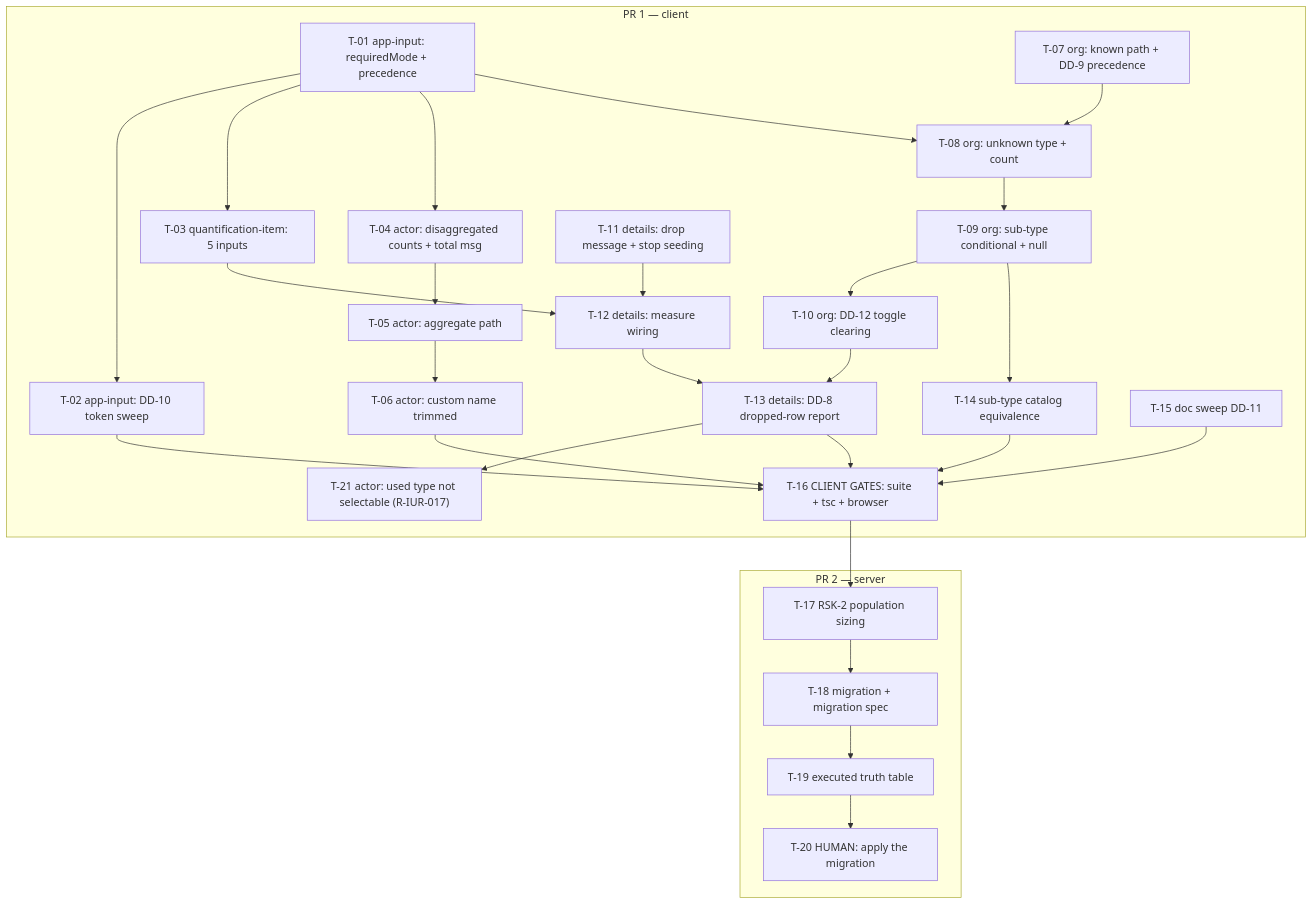
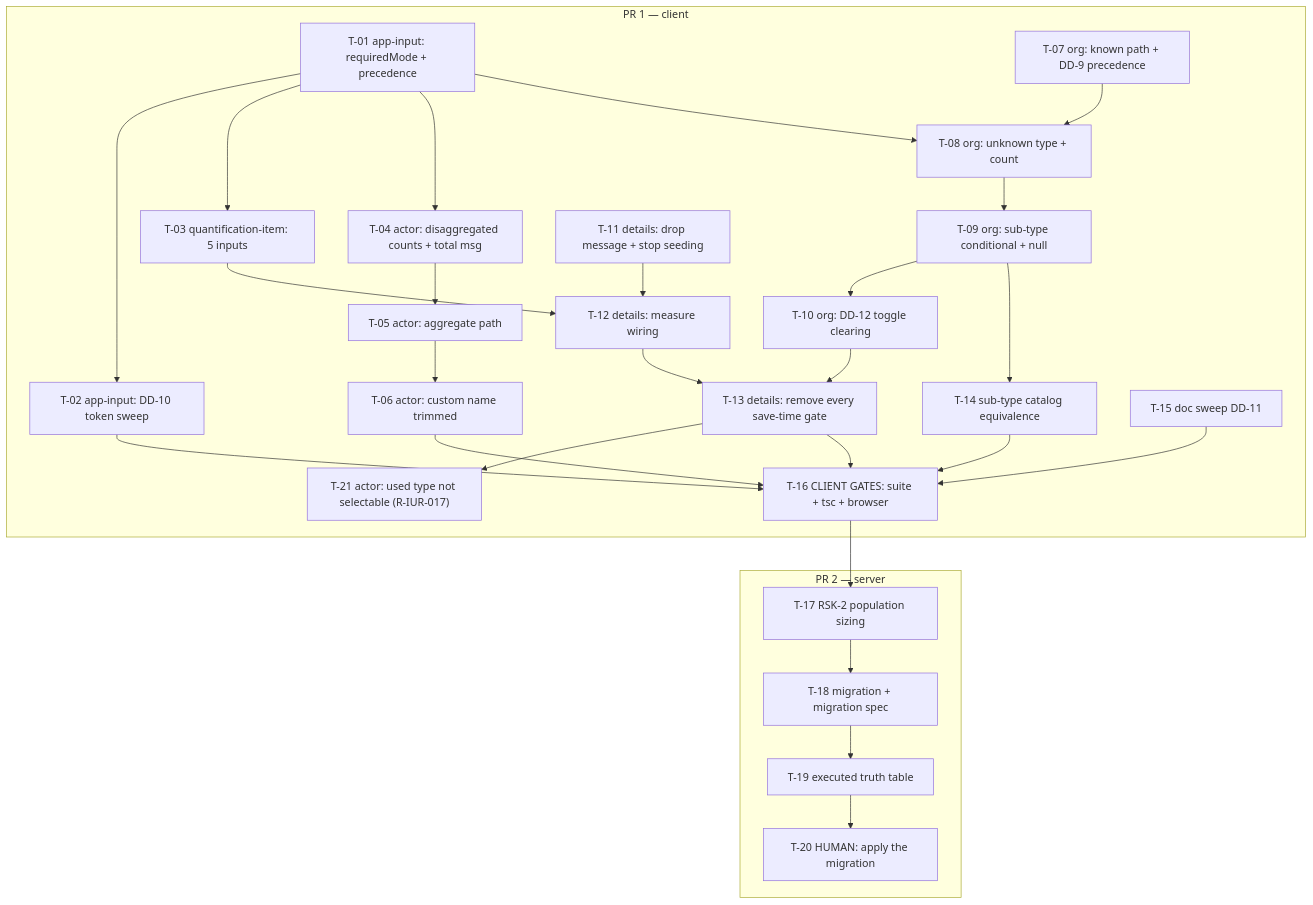
Before and after one commit to AllianceBioversityCIAT/alliance-research-indicators-main: the diagram in docs/specs/changes/innovation-use-required-fields/tasks.md, drawn with Mermaid. The commit also changed other lines of this file and 3 other files, not shown here.

````diff
--- a/docs/specs/changes/innovation-use-required-fields/tasks.md
+++ b/docs/specs/changes/innovation-use-required-fields/tasks.md
@@ -54,32 +54,32 @@
 ```mermaid
 graph TD
   subgraph PR1["PR 1 — client"]
     T01["T-01 app-input: requiredMode + precedence"] --> T02["T-02 app-input: DD-10 token sweep"]
     T01 --> T03["T-03 quantification-item: 5 inputs"]
     T01 --> T04["T-04 actor: disaggregated counts + total msg"]
     T04 --> T05["T-05 actor: aggregate path"]
     T05 --> T06["T-06 actor: custom name trimmed"]
     T07["T-07 org: known path + DD-9 precedence"] --> T08["T-08 org: unknown type + count"]
     T01 --> T08
     T08 --> T09["T-09 org: sub-type conditional + null"]
     T09 --> T10["T-10 org: DD-12 toggle clearing"]
     T09 --> T14["T-14 sub-type catalog equivalence"]
     T11["T-11 details: drop message + stop seeding"] --> T12["T-12 details: measure wiring"]
     T03 --> T12
-    T12 --> T13["T-13 details: DD-8 dropped-row report"]
+    T12 --> T13["T-13 details: remove every save-time gate"]
     T13 --> T21["T-21 actor: used type not selectable (R-IUR-017)"]
     T10 --> T13
     T15["T-15 doc sweep DD-11"]
     T02 --> T16["T-16 CLIENT GATES: suite + tsc + browser"]
     T06 --> T16
     T13 --> T16
     T14 --> T16
     T15 --> T16
   end
   subgraph PR2["PR 2 — server"]
     T17["T-17 RSK-2 population sizing"] --> T18["T-18 migration + migration spec"]
     T18 --> T19["T-19 executed truth table"]
     T19 --> T20["T-20 HUMAN: apply the migration"]
   end
   T16 --> T17
 ```
````
